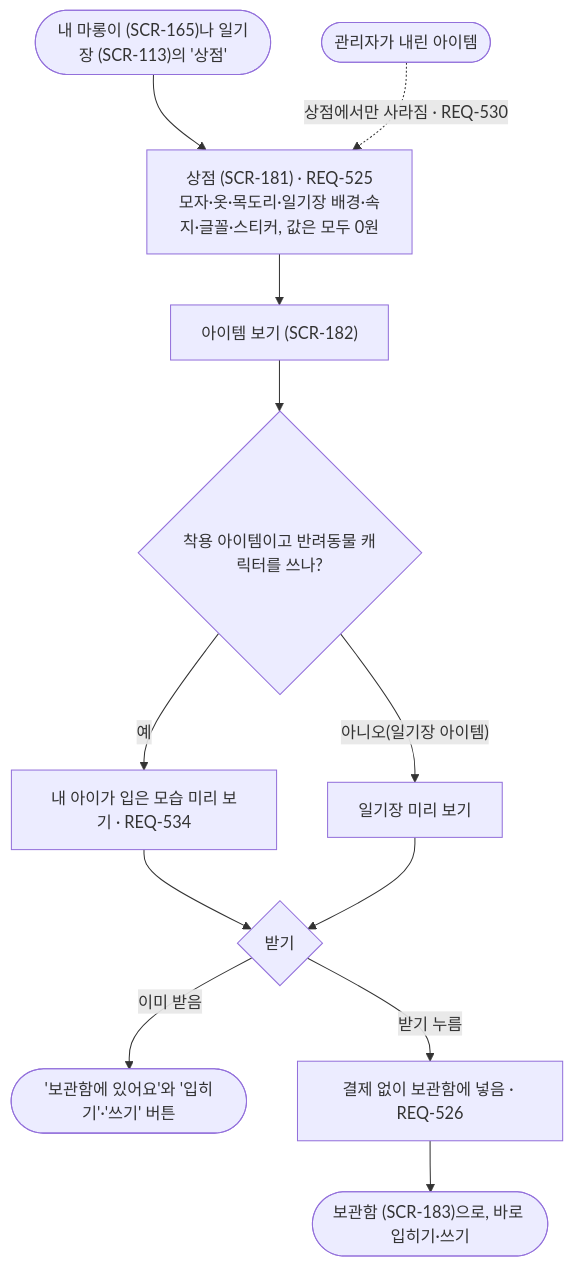
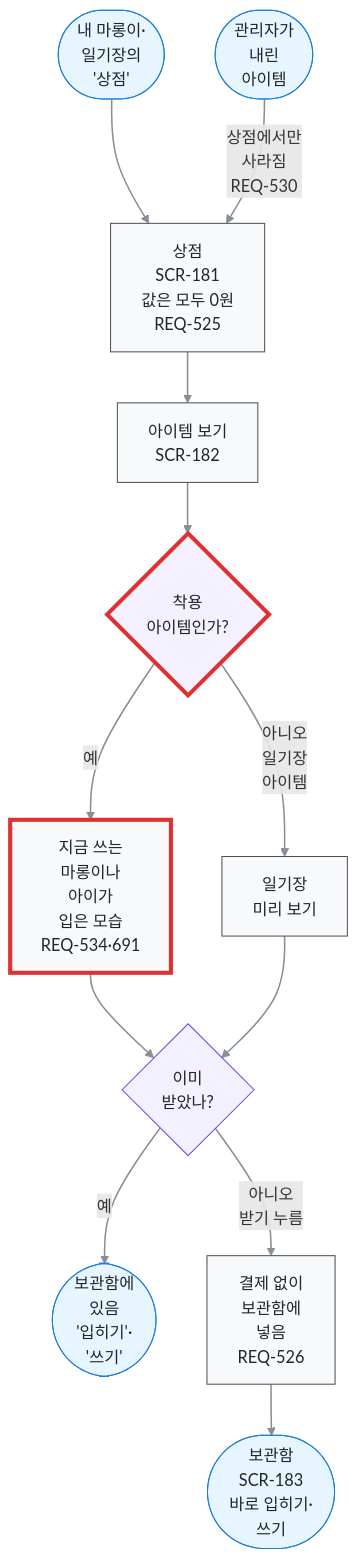
One commit to kodonghui/marong2 changed the diagram in docs/03-user-flow/FL-189-decor-shop.md. Above: the diagram before and after it, drawn with Mermaid. The commit also changed other lines of this file and 17 other files, not shown here.

````diff
--- a/docs/03-user-flow/FL-189-decor-shop.md
+++ b/docs/03-user-flow/FL-189-decor-shop.md
@@ -7,14 +7,36 @@
 ```mermaid
 flowchart TD
-  A(["내 마롱이 (SCR-165)나 일기장 (SCR-113)의 '상점'"]) --> B["상점 (SCR-181) · REQ-525<br/>모자·옷·목도리·일기장 배경·속지·글꼴·스티커, 값은 모두 0원"]
-  B --> C["아이템 보기 (SCR-182)"]
-  C --> D{"착용 아이템이고 반려동물 캐릭터를 쓰나?"}
-  D -->|"예"| E["내 아이가 입은 모습 미리 보기 · REQ-534"]
-  D -->|"아니오(일기장 아이템)"| F["일기장 미리 보기"]
-  E --> G{"받기"}
-  F --> G
-  G -->|"이미 받음"| H(["'보관함에 있어요'와 '입히기'·'쓰기' 버튼"])
-  G -->|"받기 누름"| I["결제 없이 보관함에 넣음 · REQ-526"]
-  I --> J(["보관함 (SCR-183)으로, 바로 입히기·쓰기"])
-  K(["관리자가 내린 아이템"]) -.->|"상점에서만 사라짐 · REQ-530"| B
+  A(["내 마롱이·<br/>일기장의<br/>'상점'"])
+  B["상점<br/>SCR-181<br/>값은 모두 0원<br/>REQ-525"]
+  C["아이템 보기<br/>SCR-182"]
+  D{"착용<br/>아이템인가?"}
+  E["지금 쓰는<br/>마롱이나<br/>아이가<br/>입은 모습<br/>REQ-534·691"]
+  F["일기장<br/>미리 보기"]
+  G{"이미<br/>받았나?"}
+  H(["보관함에<br/>있음<br/>'입히기'·<br/>'쓰기'"])
+  I["결제 없이<br/>보관함에<br/>넣음<br/>REQ-526"]
+  J(["보관함<br/>SCR-183<br/>바로 입히기·<br/>쓰기"])
+  K(["관리자가<br/>내린<br/>아이템"])
+  A e1@--> B
+  B e2@--> C
+  C e3@--> D
+  D e4@-->|"예"| E
+  D e5@-->|"아니오<br/>일기장<br/>아이템"| F
+  E e6@--> G
+  F e7@--> G
+  G e8@-->|"예"| H
+  G e9@-->|"아니오<br/>받기 누름"| I
+  I e10@--> J
+  K e11@-->|"상점에서만<br/>사라짐<br/>REQ-530"| B
+  %% legend: below
+  classDef term fill:#e7f5ff,stroke:#1c7ed6,color:#212529
+  classDef proc fill:#f8f9fa,stroke:#495057,color:#212529
+  classDef decide fill:#f3f0ff,stroke:#7048e8,color:#212529
+  classDef key stroke:#e03131,stroke-width:4px
+  classDef pass stroke:#868e96,stroke-width:1.5px
+  class A,H,J,K term
+  class B,C,E,F,I proc
+  class D,G decide
+  class D,E key
+  class e1,e2,e3,e4,e5,e6,e7,e8,e9,e10,e11 pass
 ```
````
